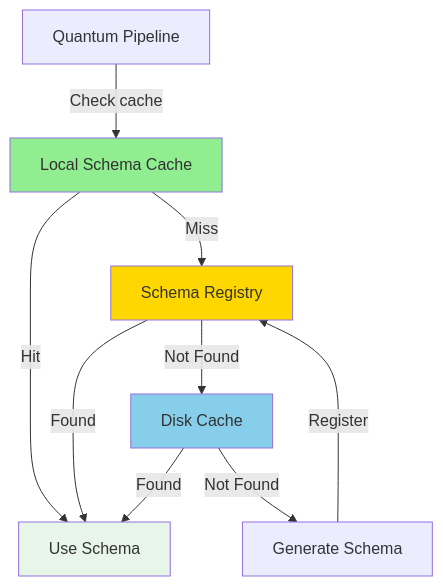
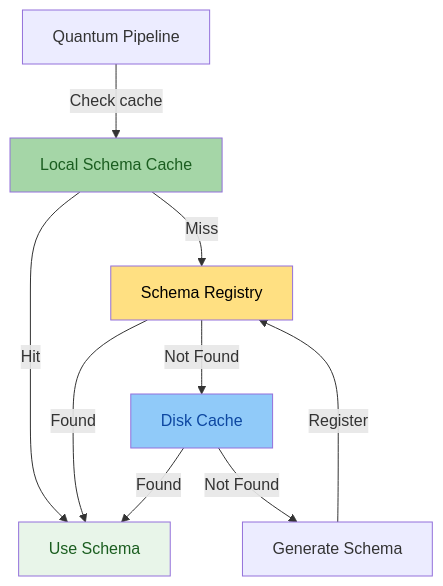
The first of 3 diagrams in docs/architecture/avro-serialization.md (straightchlorine/quantum-pipeline), drawn with Mermaid before and after one commit. The commit also changed other lines of this file and 3 other files, not shown here.

````diff
--- a/docs/architecture/avro-serialization.md
+++ b/docs/architecture/avro-serialization.md
@@ -52,16 +52,16 @@
 ```mermaid
 graph TD
     APP[Quantum Pipeline] -->| Check cache | CACHE[Local Schema Cache]
     CACHE -->|Hit| USE[Use Schema]
     CACHE -->|Miss| SR[Schema Registry]
     SR -->|Found| USE
     SR -->|Not Found| DISK[Disk Cache]
     DISK -->|Found| USE
     DISK -->|Not Found| GEN[Generate Schema]
     GEN -->|Register| SR
 
-    style CACHE fill:#90EE90
-    style SR fill:#FFD700
-    style DISK fill:#87CEEB
-    style USE fill:#e8f5e9
+    style CACHE fill:#a5d6a7,color:#1b5e20
+    style SR fill:#ffe082,color:#000
+    style DISK fill:#90caf9,color:#0d47a1
+    style USE fill:#e8f5e9,color:#1b5e20
 ```
````
